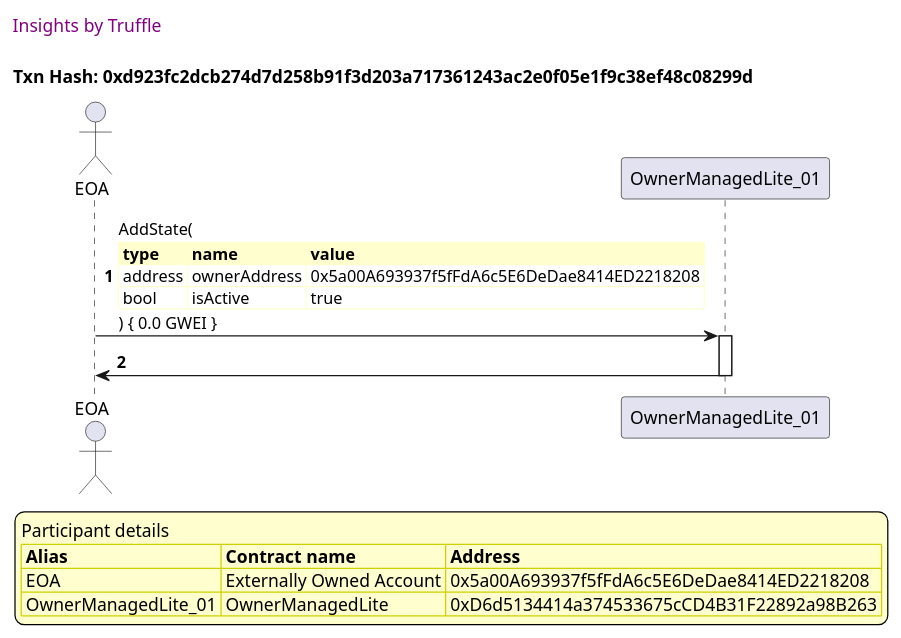
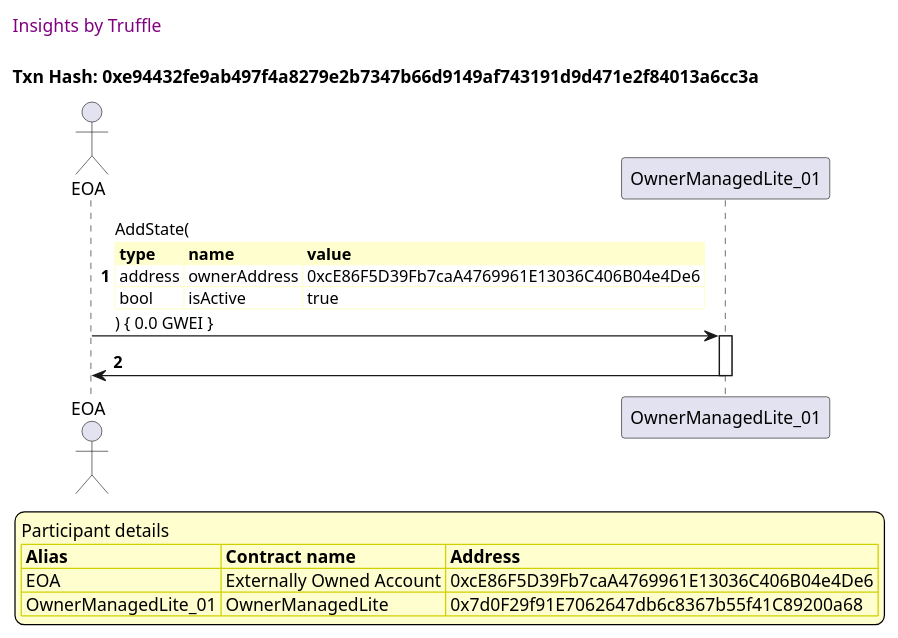
One commit to thedarkjester/ConsensysAssignment changed diagram 11 of 28 in truffle-seq/OwnerManagedLite_test_required_owners_amount.md. Above: the diagram before and after it, drawn with PlantUML. The commit also changed other lines of this file and 13 other files, not shown here.

````diff
--- a/truffle-seq/OwnerManagedLite_test_required_owners_amount.md
+++ b/truffle-seq/OwnerManagedLite_test_required_owners_amount.md
@@ -484,41 +484,41 @@
 ```plantuml
 
 
 @startuml
 
 autonumber
 skinparam legendBackgroundColor #FEFECE
 
 <style>
       header {
         HorizontalAlignment left
         FontColor purple
         FontSize 14
         Padding 10
       }
     </style>
 
 header Insights by Truffle
 
-title Txn Hash: 0xd923fc2dcb274d7d258b91f3d203a717361243ac2e0f05e1f9c38ef48c08299d
+title Txn Hash: 0xe94432fe9ab497f4a8279e2b7347b66d9149af743191d9d471e2f84013a6cc3a
 
 
 actor EOA as "EOA"
 participant OwnerManagedLite_01 as "OwnerManagedLite_01"
 
 "EOA" -> "OwnerManagedLite_01" ++: AddState(\n\
 <#FEFECE,#FEFECE>|= type |= name |= value |\n\
-| address | ownerAddress | 0x5a00A693937f5fFdA6c5E6DeDae8414ED2218208 |\n\
+| address | ownerAddress | 0xcE86F5D39Fb7caA4769961E13036C406B04e4De6 |\n\
 | bool | isActive | true |\n\
 ) { 0.0 GWEI }
 "OwnerManagedLite_01" -> "EOA" --: 
 
 legend
 Participant details
 <#FEFECE,#D0D000>|= Alias |= Contract name |= Address |
-<#FEFECE>| EOA | Externally Owned Account | 0x5a00A693937f5fFdA6c5E6DeDae8414ED2218208 |
-<#FEFECE>| OwnerManagedLite_01 | OwnerManagedLite | 0xD6d5134414a374533675cCD4B31F22892a98B263 |
+<#FEFECE>| EOA | Externally Owned Account | 0xcE86F5D39Fb7caA4769961E13036C406B04e4De6 |
+<#FEFECE>| OwnerManagedLite_01 | OwnerManagedLite | 0x7d0F29f91E7062647db6c8367b55f41C89200a68 |
 endlegend
 
 @enduml
 ```
````
